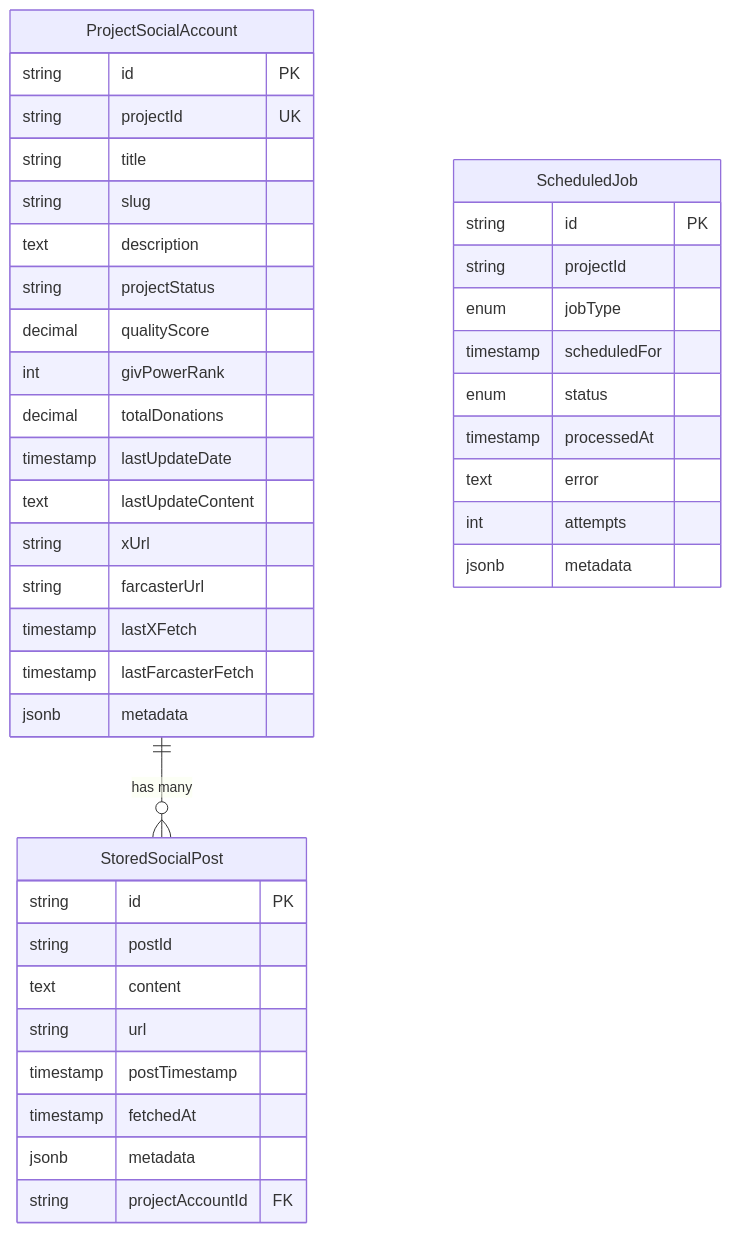
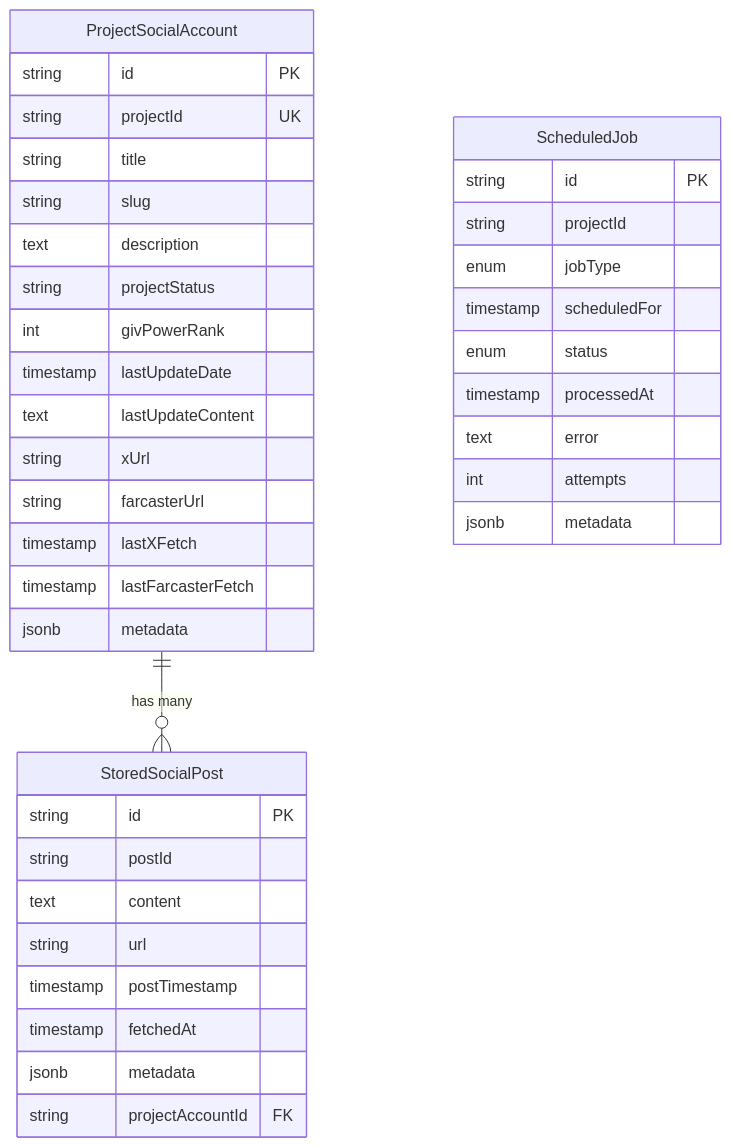
The first of 4 diagrams in README.md (Giveth/donation-agent-evaluator-service), drawn with Mermaid before and after one commit. The commit also changed other lines of this file and 13 other files, not shown here.

````diff
--- a/README.md
+++ b/README.md
@@ -512,43 +536,41 @@
 ```mermaid
 erDiagram
     ProjectSocialAccount ||--o{ StoredSocialPost : "has many"
     ProjectSocialAccount {
         string id PK
         string projectId UK
         string title
         string slug
         text description
         string projectStatus
-        decimal qualityScore
         int givPowerRank
-        decimal totalDonations
         timestamp lastUpdateDate
         text lastUpdateContent
         string xUrl
         string farcasterUrl
         timestamp lastXFetch
         timestamp lastFarcasterFetch
         jsonb metadata
     }
     StoredSocialPost {
         string id PK
         string postId
         text content
         string url
         timestamp postTimestamp
         timestamp fetchedAt
         jsonb metadata
         string projectAccountId FK
     }
     ScheduledJob {
         string id PK
         string projectId
         enum jobType
         timestamp scheduledFor
         enum status
         timestamp processedAt
         text error
         int attempts
         jsonb metadata
     }
 ```
````
